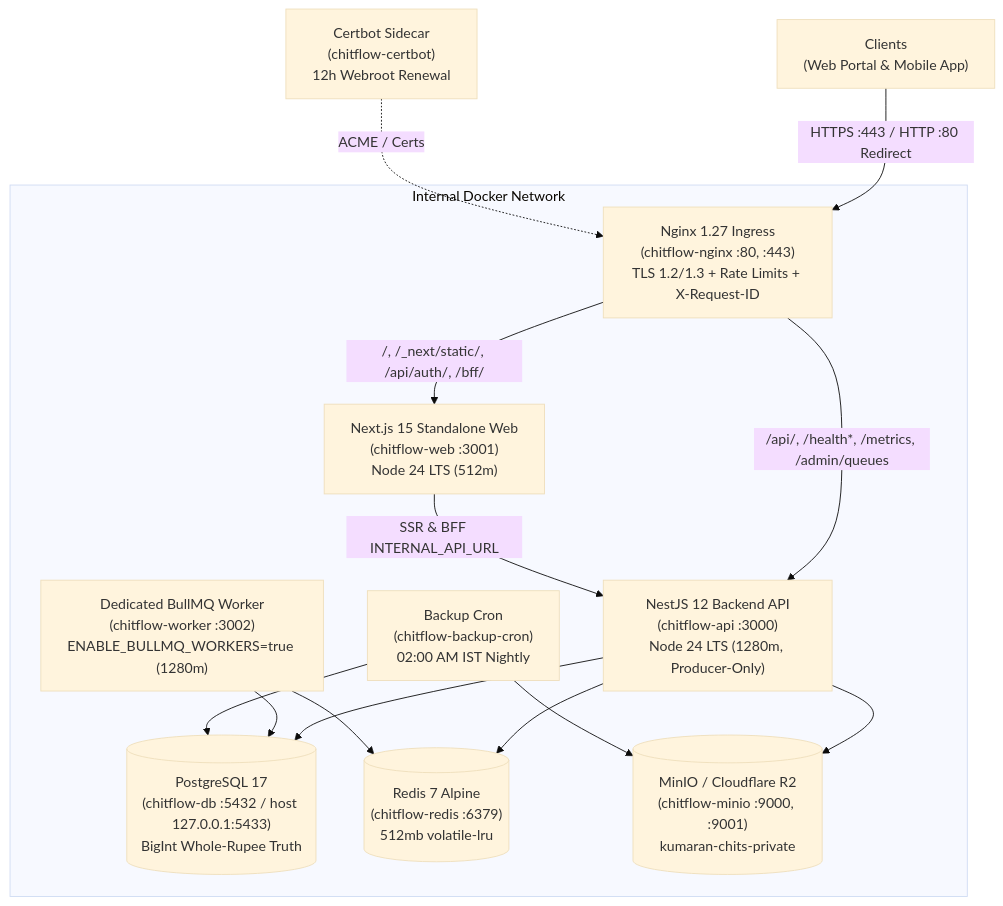
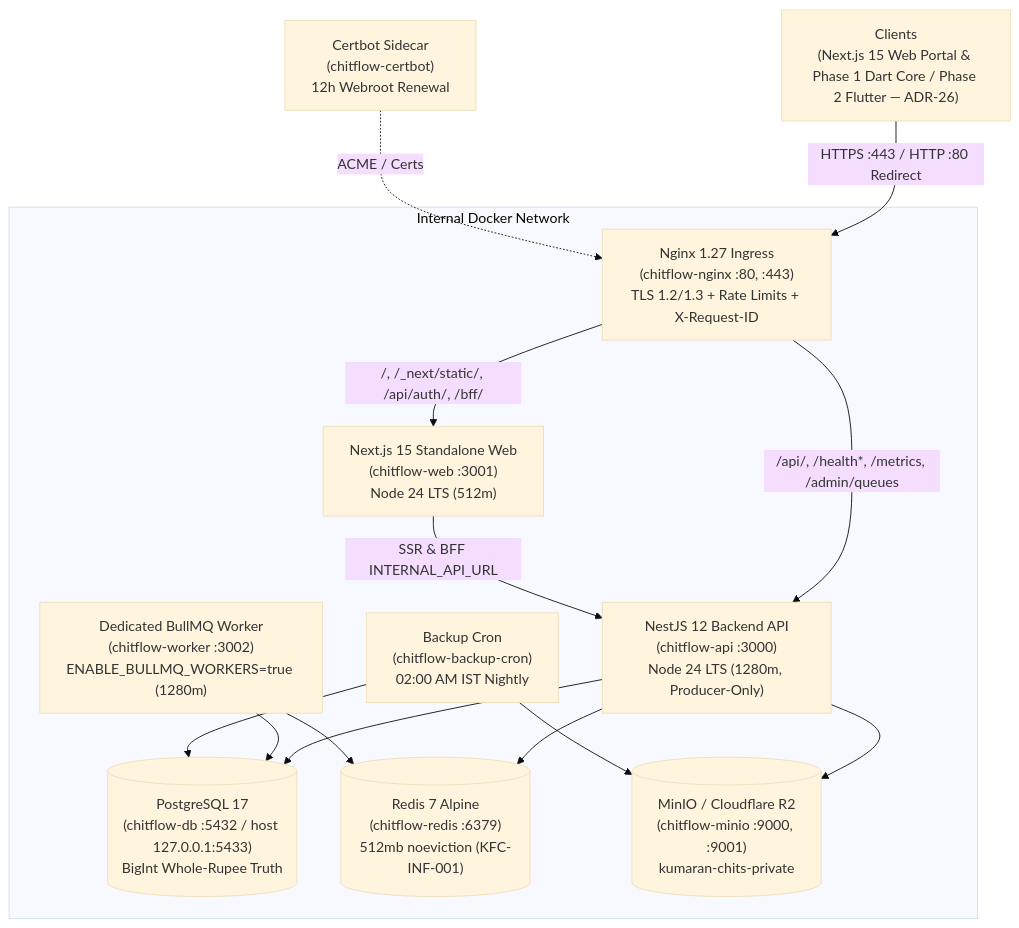
Before and after one commit to Kathir-24/Kumaran-finance: the diagram in docs/07-operations/PRODUCTION-DEPLOYMENT-GUIDE.md, drawn with Mermaid (base theme). The commit also changed other lines of this file and 4 other files, not shown here.

````diff
--- a/docs/07-operations/PRODUCTION-DEPLOYMENT-GUIDE.md
+++ b/docs/07-operations/PRODUCTION-DEPLOYMENT-GUIDE.md
@@ -15,19 +15,19 @@
 ```mermaid
 flowchart TD
-    Client["Clients\n(Web Portal & Mobile App)"] -->|HTTPS :443 / HTTP :80 Redirect| Nginx["Nginx 1.27 Ingress\n(chitflow-nginx :80, :443)\nTLS 1.2/1.3 + Rate Limits + X-Request-ID"]
+    Client["Clients\n(Next.js 15 Web Portal & Phase 1 Dart Core / Phase 2 Flutter — ADR-26)"] -->|HTTPS :443 / HTTP :80 Redirect| Nginx["Nginx 1.27 Ingress\n(chitflow-nginx :80, :443)\nTLS 1.2/1.3 + Rate Limits + X-Request-ID"]
     Certbot["Certbot Sidecar\n(chitflow-certbot)\n12h Webroot Renewal"] -.->|ACME / Certs| Nginx
 
     subgraph Internal Docker Network
         Nginx -->|"/, /_next/static/, /api/auth/, /bff/"| Web["Next.js 15 Standalone Web\n(chitflow-web :3001)\nNode 24 LTS (512m)"]
         Nginx -->|"/api/, /health*, /metrics, /admin/queues"| API["NestJS 12 Backend API\n(chitflow-api :3000)\nNode 24 LTS (1280m, Producer-Only)"]
         Web -->|"SSR & BFF INTERNAL_API_URL"| API
         Worker["Dedicated BullMQ Worker\n(chitflow-worker :3002)\nENABLE_BULLMQ_WORKERS=true (1280m)"]
         API --> DB[("PostgreSQL 17\n(chitflow-db :5432 / host 127.0.0.1:5433)\nBigInt Whole-Rupee Truth")]
         Worker --> DB
-        API --> Redis[("Redis 7 Alpine\n(chitflow-redis :6379)\n512mb volatile-lru")]
+        API --> Redis[("Redis 7 Alpine\n(chitflow-redis :6379)\n512mb noeviction (KFC-INF-001)")]
         Worker --> Redis
         API --> S3[("MinIO / Cloudflare R2\n(chitflow-minio :9000, :9001)\nkumaran-chits-private")]
         BackupCron["Backup Cron\n(chitflow-backup-cron)\n02:00 AM IST Nightly"] --> DB
         BackupCron --> S3
     end
 ```
````
